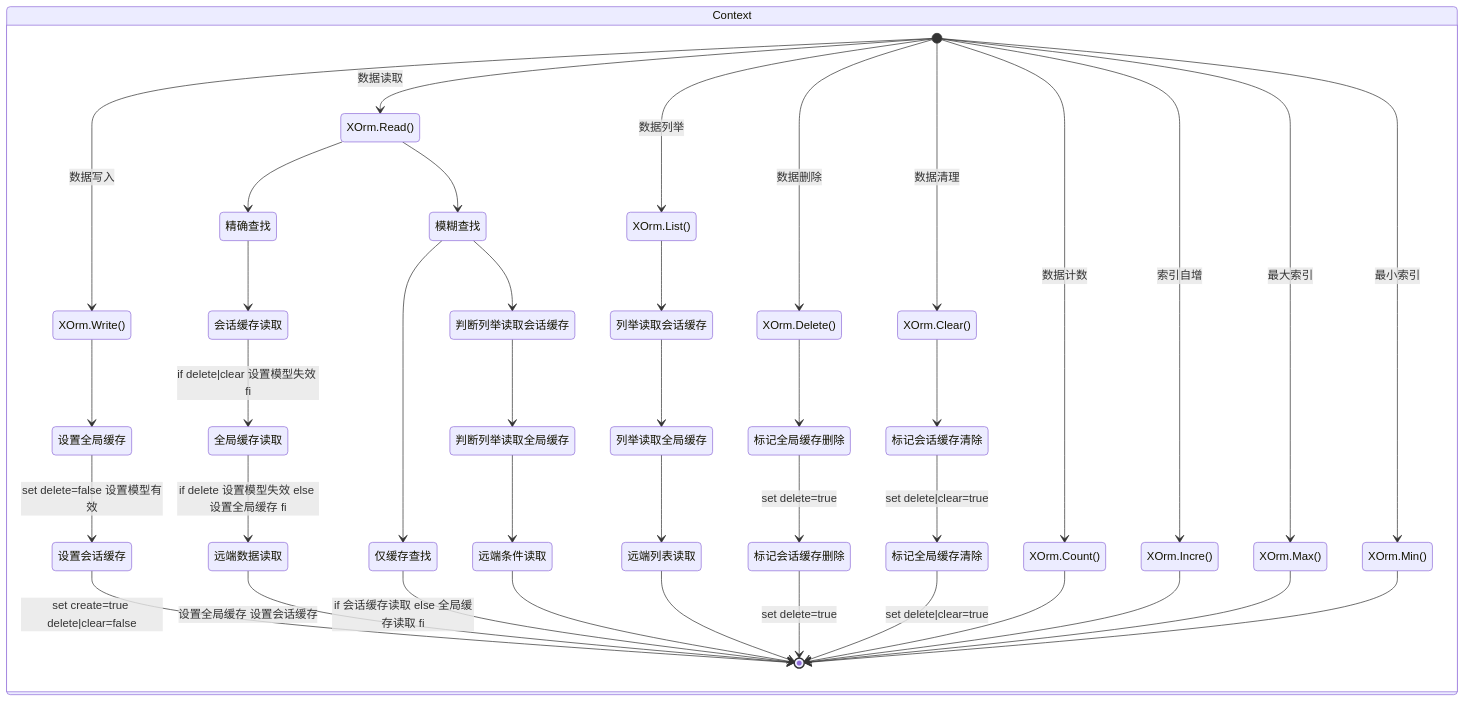
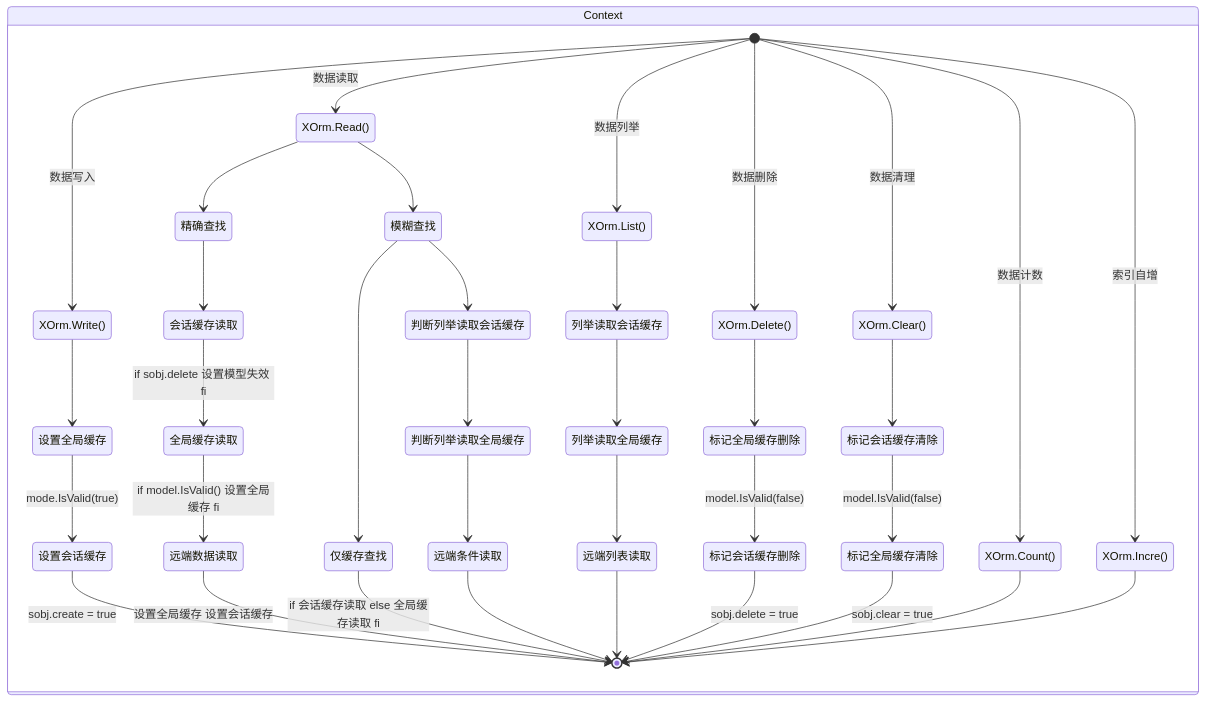
One commit to eframework-org/GO.CRUD changed the second of 2 diagrams in XOrm/README.md. Above: the diagram before and after it, drawn with Mermaid. The commit also changed other lines of this file and 36 other files, not shown here.

````diff
--- a/XOrm/README.md
+++ b/XOrm/README.md
@@ -382,52 +368,46 @@
 ```mermaid
 stateDiagram-v2
     direction TB
     state Context {
         [*] --> XOrm.Write(): 数据写入
         XOrm.Write() --> 设置全局缓存
-        设置全局缓存 --> 设置会话缓存: set delete=false 设置模型有效
-        设置会话缓存 --> [*]: set create=true delete|clear=false
+        设置全局缓存 --> 设置会话缓存: mode.IsValid(true)
+        设置会话缓存 --> [*]: sobj.create = true
 
         [*] --> XOrm.Read(): 数据读取
         XOrm.Read() --> 精确查找
         精确查找 --> 会话缓存读取
-        会话缓存读取 --> 全局缓存读取: if delete|clear 设置模型失效 fi
-        全局缓存读取 --> 远端数据读取: if delete 设置模型失效 else 设置全局缓存 fi
+        会话缓存读取 --> 全局缓存读取: if sobj.delete 设置模型失效 fi
+        全局缓存读取 --> 远端数据读取: if model.IsValid() 设置全局缓存 fi
         远端数据读取 --> [*]: 设置全局缓存 设置会话缓存
         XOrm.Read() --> 模糊查找
         模糊查找 --> 仅缓存查找
         仅缓存查找 --> [*]: if 会话缓存读取 else 全局缓存读取 fi
         模糊查找 --> 判断列举读取会话缓存
         判断列举读取会话缓存 --> 判断列举读取全局缓存
         判断列举读取全局缓存 --> 远端条件读取
         远端条件读取 --> [*]
 
         [*] --> XOrm.List(): 数据列举
         XOrm.List() --> 列举读取会话缓存
         列举读取会话缓存 --> 列举读取全局缓存
         列举读取全局缓存 --> 远端列表读取
         远端列表读取 --> [*]
 
         [*] --> XOrm.Delete(): 数据删除
         XOrm.Delete() --> 标记全局缓存删除
-        标记全局缓存删除 --> 标记会话缓存删除: set delete=true
-        标记会话缓存删除 --> [*]: set delete=true
+        标记全局缓存删除 --> 标记会话缓存删除: model.IsValid(false) 
+        标记会话缓存删除 --> [*]: sobj.delete = true
 
         [*] --> XOrm.Clear(): 数据清理
         XOrm.Clear() --> 标记会话缓存清除
-        标记会话缓存清除 --> 标记全局缓存清除: set delete|clear=true
-        标记全局缓存清除 --> [*]: set delete|clear=true
+        标记会话缓存清除 --> 标记全局缓存清除: model.IsValid(false) 
+        标记全局缓存清除 --> [*]: sobj.clear = true
 
         [*] --> XOrm.Count(): 数据计数
         XOrm.Count() --> [*]
 
         [*] --> XOrm.Incre(): 索引自增
         XOrm.Incre() --> [*]
-
-        [*] --> XOrm.Max(): 最大索引
-        XOrm.Max() --> [*]
-        
-        [*] --> XOrm.Min(): 最小索引
-        XOrm.Min() --> [*]
     }
 ```
````
